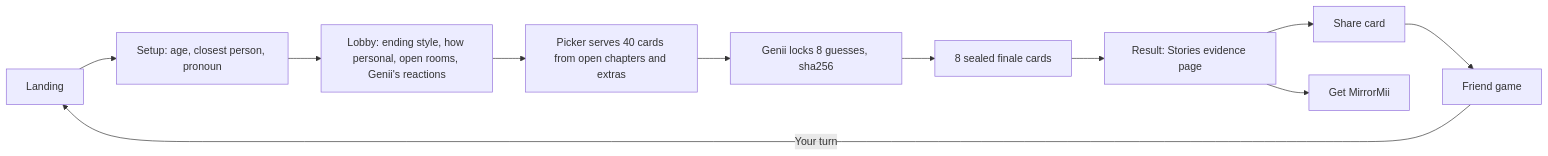
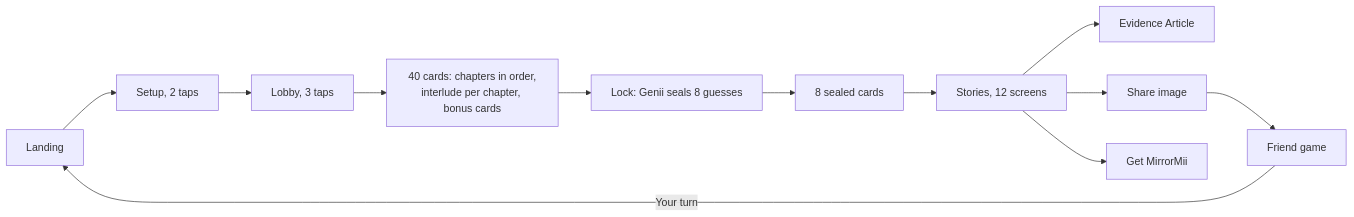
Before and after one commit to Augustexe/mirrormii-survey: the diagram in docs/LAUNCH-SPEC.md, drawn with Mermaid. The commit also changed other lines of this file and 79 other files, not shown here.

````diff
--- a/docs/LAUNCH-SPEC.md
+++ b/docs/LAUNCH-SPEC.md
@@ -56,13 +94,11 @@
 ```mermaid
 flowchart LR
-  A[Landing] --> S[Setup: age, closest person, pronoun]
-  S --> L[Lobby: ending style, how personal, open rooms, Genii's reactions]
-  L --> P[Picker serves 40 cards from open chapters and extras]
-  P --> K[Genii locks 8 guesses, sha256]
-  K --> F[8 sealed finale cards]
-  F --> R[Result: Stories evidence page]
-  R --> SH[Share card]
-  SH --> FG[Friend game]
-  FG -->|Your turn| A
+  L[Landing] --> S[Setup, 2 taps] --> Y[Lobby, 3 taps]
+  Y --> P[40 cards: chapters in order,<br/>interlude per chapter, bonus cards]
+  P --> K[Lock: Genii seals 8 guesses]
+  K --> F[8 sealed cards]
+  F --> R[Stories, 12 screens]
+  R --> A[Evidence Article]
+  R --> SH[Share image] --> FG[Friend game] -->|Your turn| L
   R --> APP[Get MirrorMii]
 ```
````
